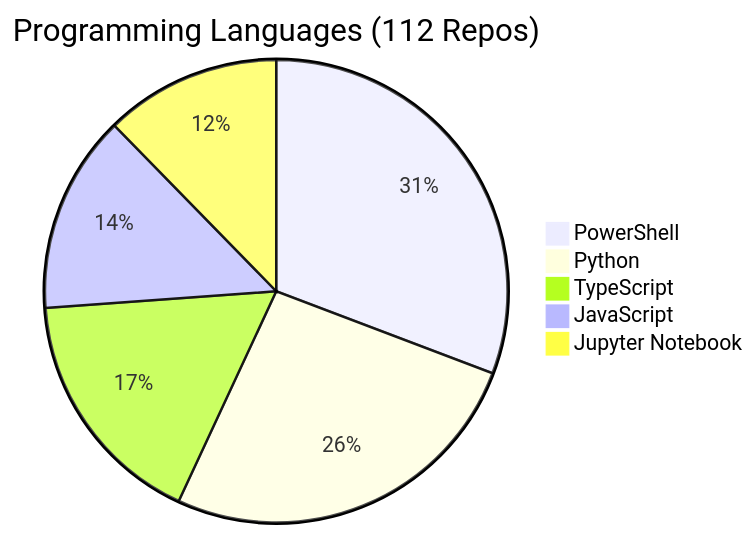
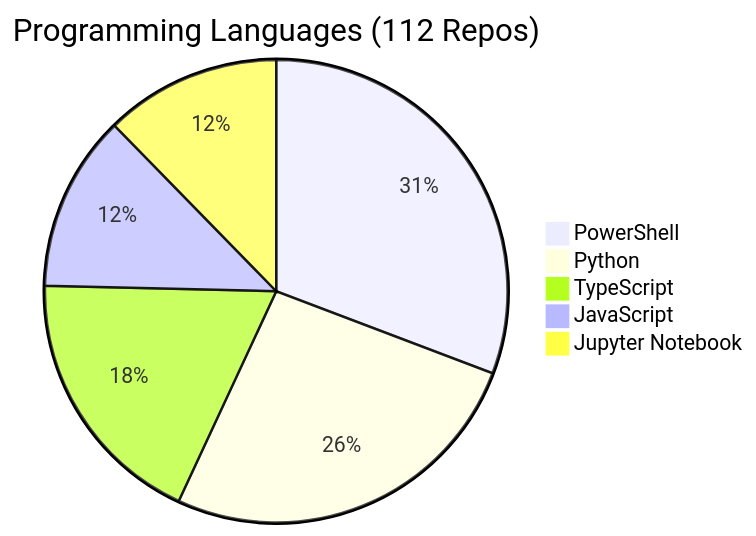
One commit to fabioc-aloha/fabioc-aloha changed the diagram in REPOS.md. Above: the diagram before and after it, drawn with Mermaid. The commit also changed other lines of this file and 1 other file, not shown here.

````diff
--- a/REPOS.md
+++ b/REPOS.md
@@ -155,8 +155,8 @@
 ```mermaid
 pie title Programming Languages (112 Repos)
     "PowerShell" : 20
     "Python" : 17
-    "TypeScript" : 11
-    "JavaScript" : 9
+    "TypeScript" : 12
+    "JavaScript" : 8
     "Jupyter Notebook" : 8
 ```
````
